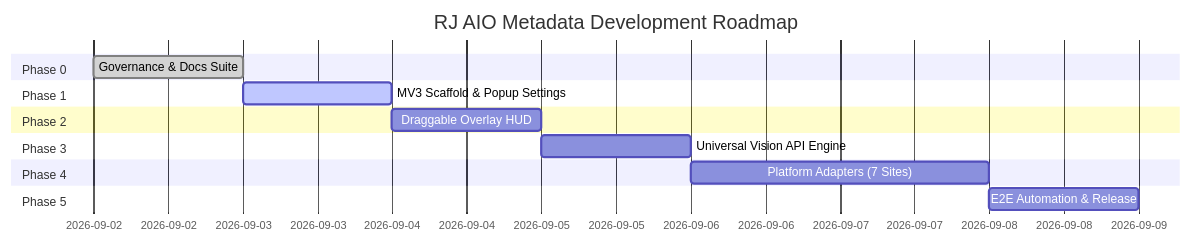
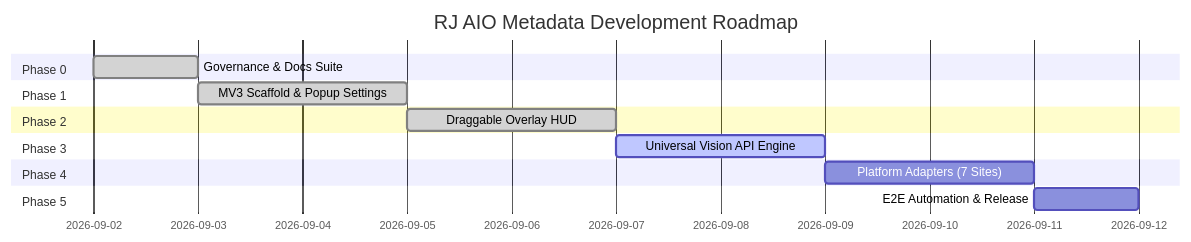
The diagram in docs/ROADMAP.md (riiicil/rj-aio-metadata), drawn with Mermaid before and after one commit. The commit also changed other lines of this file and 3 other files, not shown here.

Commit message:
docs(governance): mark phase 2 complete and synchronize roadmap with field

````diff
--- a/docs/ROADMAP.md
+++ b/docs/ROADMAP.md
@@ -7,17 +7,17 @@
 ```mermaid
 gantt
     title RJ AIO Metadata Development Roadmap
     dateFormat  YYYY-MM-DD
     section Phase 0
     Governance & Docs Suite       :done, 2026-09-02, 1d
     section Phase 1
-    MV3 Scaffold & Popup Settings :active, 2026-09-03, 1d
+    MV3 Scaffold & Popup Settings :done, 2026-09-03, 2d
     section Phase 2
-    Draggable Overlay HUD         :2026-09-04, 1d
+    Draggable Overlay HUD         :done, 2026-09-05, 2d
     section Phase 3
-    Universal Vision API Engine   :2026-09-05, 1d
+    Universal Vision API Engine   :active, 2026-09-07, 2d
     section Phase 4
-    Platform Adapters (7 Sites)   :2026-09-06, 2d
+    Platform Adapters (7 Sites)   :2026-09-09, 2d
     section Phase 5
-    E2E Automation & Release      :2026-09-08, 1d
+    E2E Automation & Release      :2026-09-11, 1d
 ```
````
